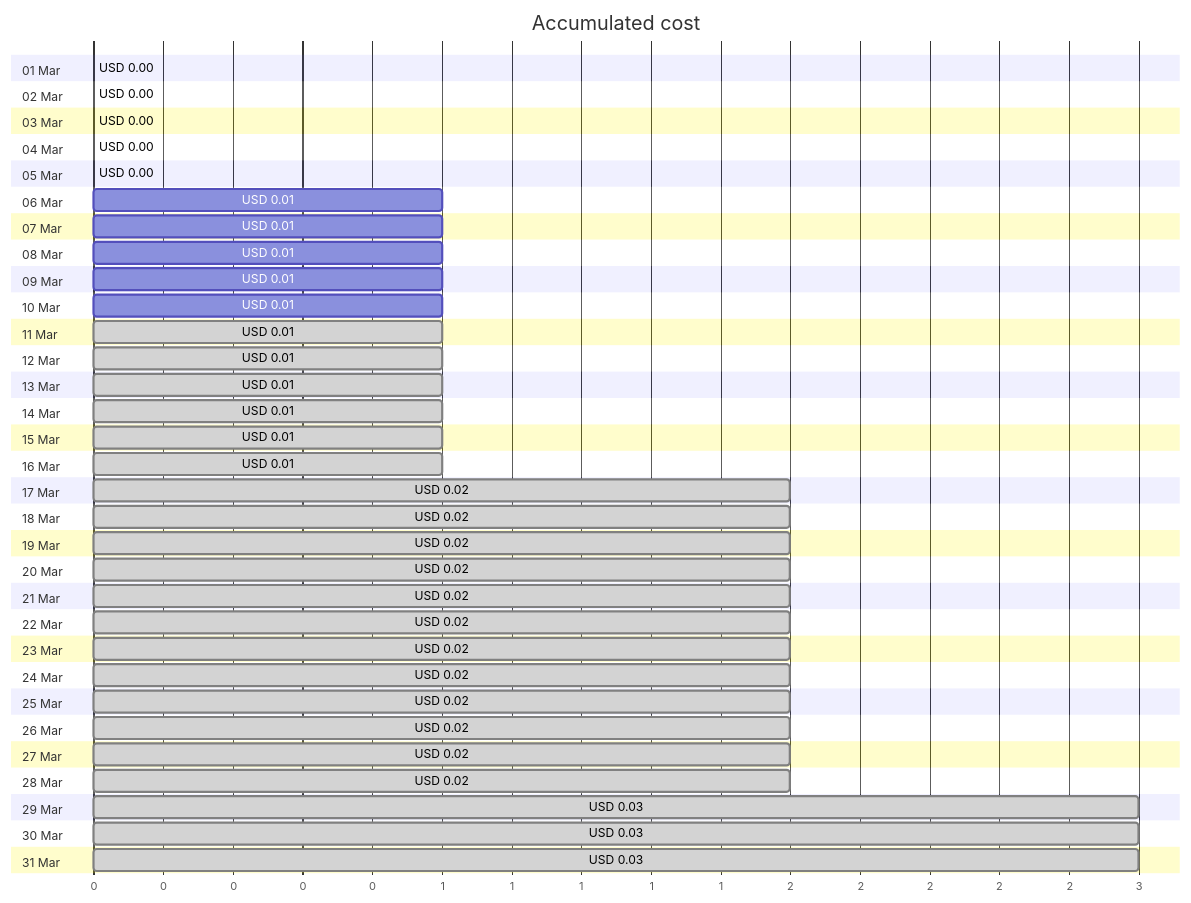
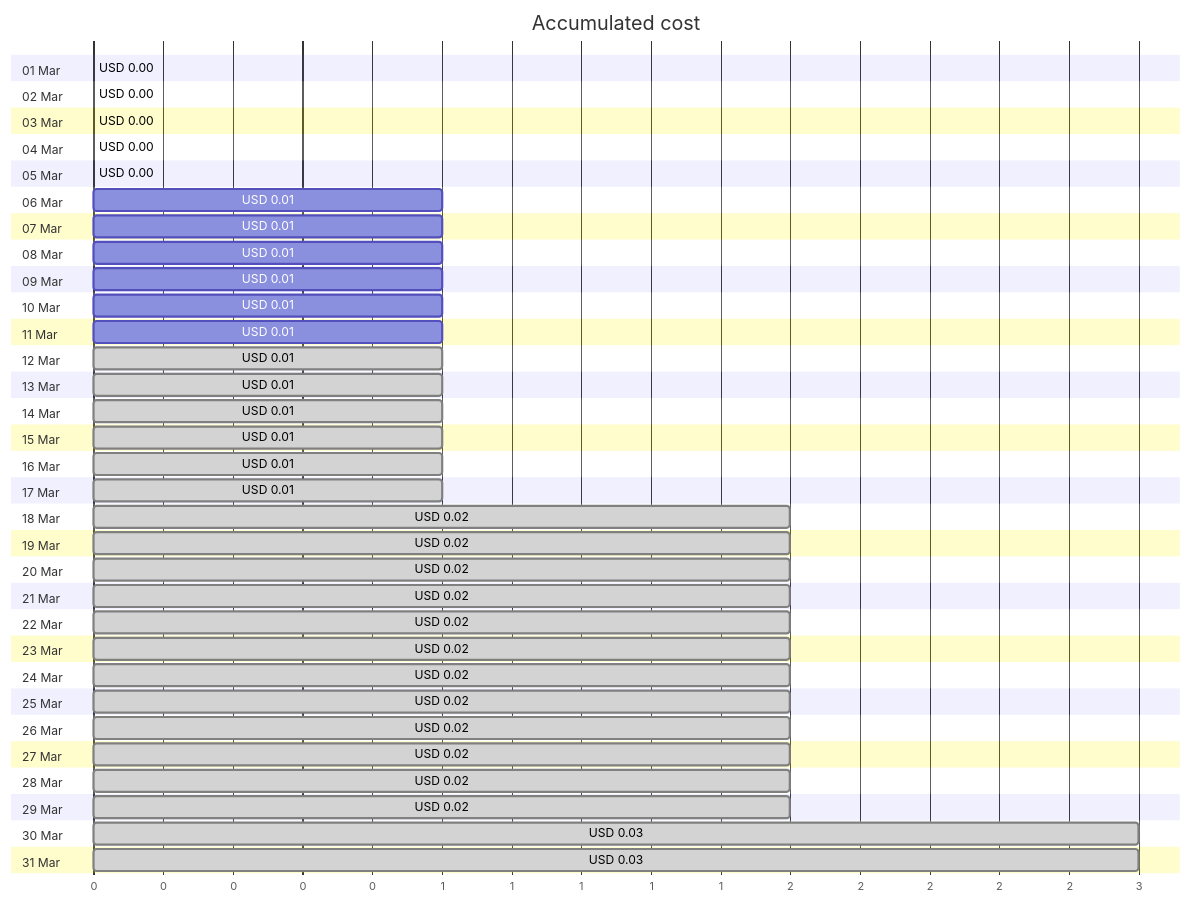
Before and after one commit to jpfulton/azure-personal-reports: the first of 4 diagrams in cost-reports/personal-site/personalsiteapipreview.md, drawn with Mermaid. The commit also changed other lines of this file and 6 other files, not shown here.

````diff
--- a/cost-reports/personal-site/personalsiteapipreview.md
+++ b/cost-reports/personal-site/personalsiteapipreview.md
@@ -20,68 +20,68 @@
 ```mermaid
 gantt
    title Accumulated cost
    dateFormat  X
    axisFormat %s
    section 01 Mar
    USD 0.00 :0, 0
    section 02 Mar
    USD 0.00 :0, 0
    section 03 Mar
    USD 0.00 :0, 0
    section 04 Mar
    USD 0.00 :0, 0
    section 05 Mar
    USD 0.00 :0, 0
    section 06 Mar
    USD 0.01 :0, 1
    section 07 Mar
    USD 0.01 :0, 1
    section 08 Mar
    USD 0.01 :0, 1
    section 09 Mar
    USD 0.01 :0, 1
    section 10 Mar
    USD 0.01 :0, 1
    section 11 Mar
-   USD 0.01 : done, 0, 1
+   USD 0.01 :0, 1
    section 12 Mar
    USD 0.01 : done, 0, 1
    section 13 Mar
    USD 0.01 : done, 0, 1
    section 14 Mar
    USD 0.01 : done, 0, 1
    section 15 Mar
    USD 0.01 : done, 0, 1
    section 16 Mar
    USD 0.01 : done, 0, 1
    section 17 Mar
-   USD 0.02 : done, 0, 2
+   USD 0.01 : done, 0, 1
    section 18 Mar
    USD 0.02 : done, 0, 2
    section 19 Mar
    USD 0.02 : done, 0, 2
    section 20 Mar
    USD 0.02 : done, 0, 2
    section 21 Mar
    USD 0.02 : done, 0, 2
    section 22 Mar
    USD 0.02 : done, 0, 2
    section 23 Mar
    USD 0.02 : done, 0, 2
    section 24 Mar
    USD 0.02 : done, 0, 2
    section 25 Mar
    USD 0.02 : done, 0, 2
    section 26 Mar
    USD 0.02 : done, 0, 2
    section 27 Mar
    USD 0.02 : done, 0, 2
    section 28 Mar
    USD 0.02 : done, 0, 2
    section 29 Mar
-   USD 0.03 : done, 0, 3
+   USD 0.02 : done, 0, 2
    section 30 Mar
    USD 0.03 : done, 0, 3
    section 31 Mar
    USD 0.03 : done, 0, 3
 ```
````
